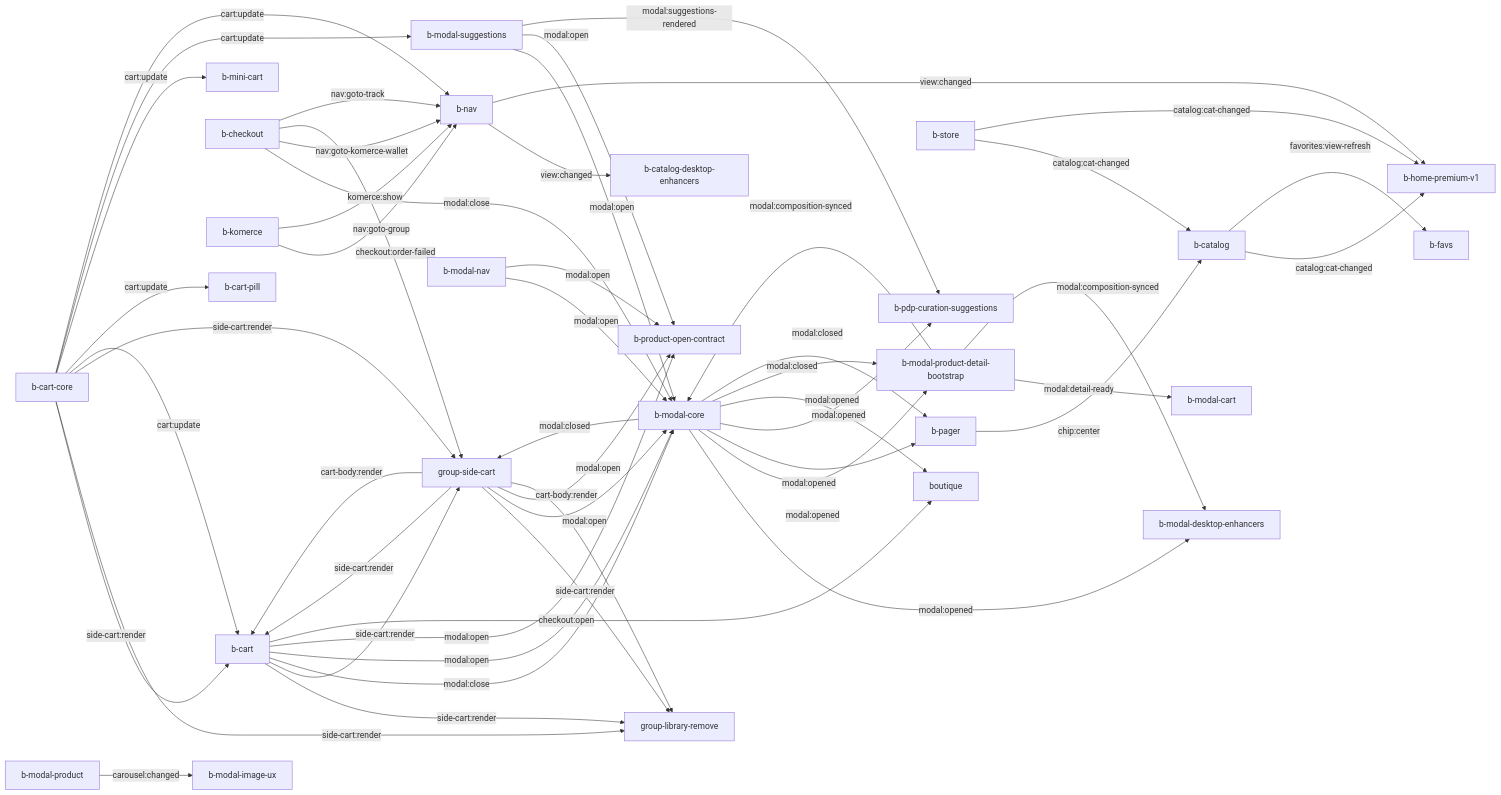
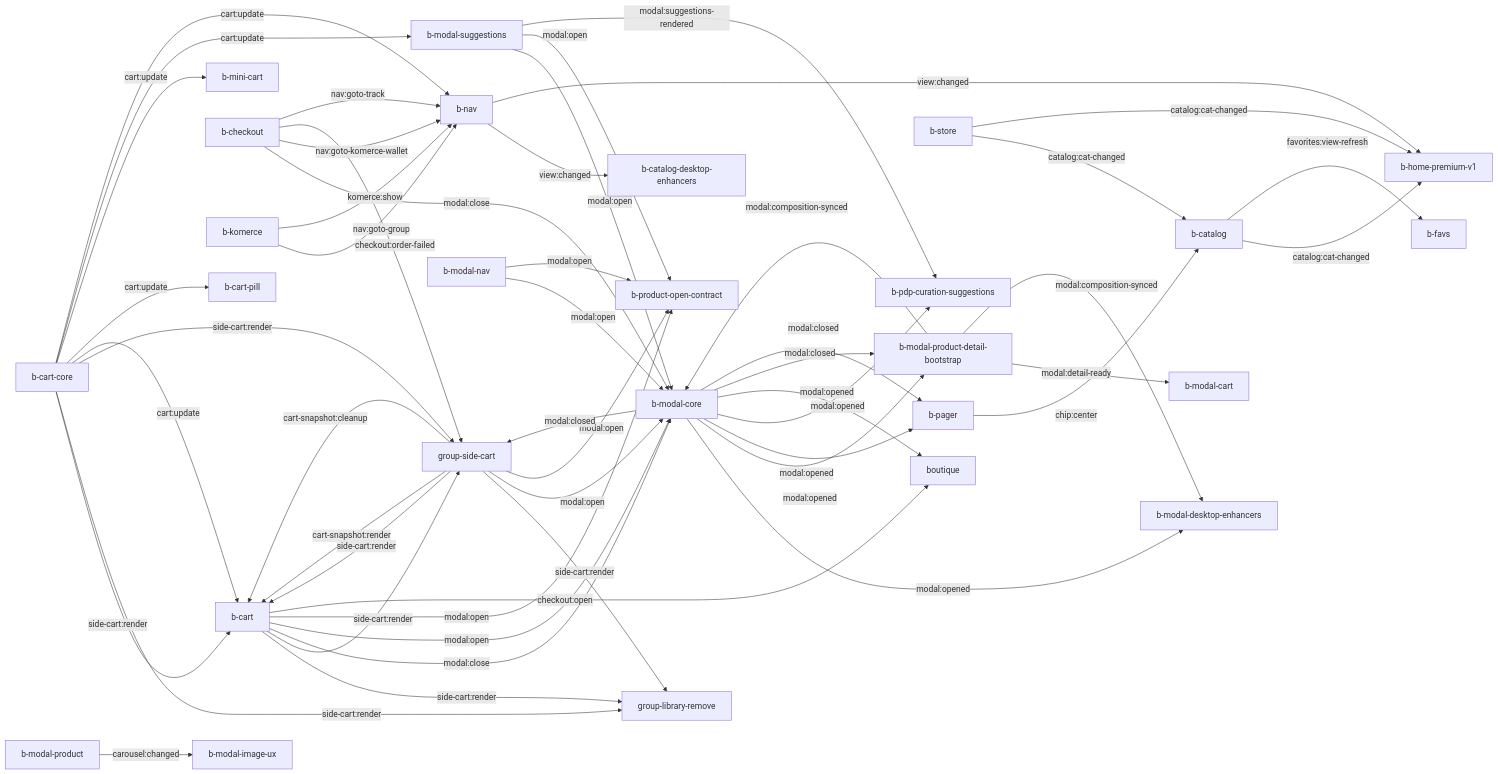
The diagram in docs/BOUTIQUE_360.md (SamyrFateh/komerce-backend), drawn with Mermaid before and after one commit. The commit also changed other lines of this file and 28 other files, not shown here.

````diff
--- a/docs/BOUTIQUE_360.md
+++ b/docs/BOUTIQUE_360.md
@@ -97,53 +98,53 @@
 ```mermaid
 graph LR
   b_cart["b-cart"] -->|side-cart:render| group_library_remove["group-library-remove"]
   b_cart["b-cart"] -->|side-cart:render| group_side_cart["group-side-cart"]
   b_cart_core["b-cart-core"] -->|side-cart:render| b_cart["b-cart"]
   b_cart_core["b-cart-core"] -->|side-cart:render| group_library_remove["group-library-remove"]
   b_cart_core["b-cart-core"] -->|side-cart:render| group_side_cart["group-side-cart"]
   group_side_cart["group-side-cart"] -->|side-cart:render| b_cart["b-cart"]
   group_side_cart["group-side-cart"] -->|side-cart:render| group_library_remove["group-library-remove"]
   b_cart_core["b-cart-core"] -->|cart:update| b_cart["b-cart"]
   b_cart_core["b-cart-core"] -->|cart:update| b_cart_pill["b-cart-pill"]
   b_cart_core["b-cart-core"] -->|cart:update| b_mini_cart["b-mini-cart"]
   b_cart_core["b-cart-core"] -->|cart:update| b_modal_suggestions["b-modal-suggestions"]
   b_cart_core["b-cart-core"] -->|cart:update| b_nav["b-nav"]
   b_cart["b-cart"] -->|modal:close| b_modal_core["b-modal-core"]
   b_checkout["b-checkout"] -->|modal:close| b_modal_core["b-modal-core"]
   b_cart["b-cart"] -->|modal:open| b_modal_core["b-modal-core"]
   b_cart["b-cart"] -->|modal:open| b_product_open_contract["b-product-open-contract"]
   b_modal_nav["b-modal-nav"] -->|modal:open| b_modal_core["b-modal-core"]
   b_modal_nav["b-modal-nav"] -->|modal:open| b_product_open_contract["b-product-open-contract"]
   b_modal_suggestions["b-modal-suggestions"] -->|modal:open| b_modal_core["b-modal-core"]
   b_modal_suggestions["b-modal-suggestions"] -->|modal:open| b_product_open_contract["b-product-open-contract"]
   group_side_cart["group-side-cart"] -->|modal:open| b_modal_core["b-modal-core"]
   group_side_cart["group-side-cart"] -->|modal:open| b_product_open_contract["b-product-open-contract"]
   b_cart["b-cart"] -->|checkout:open| boutique["boutique"]
-  group_side_cart["group-side-cart"] -->|cart-body:render| b_cart["b-cart"]
-  group_side_cart["group-side-cart"] -->|cart-body:render| group_library_remove["group-library-remove"]
+  group_side_cart["group-side-cart"] -->|cart-snapshot:render| b_cart["b-cart"]
+  group_side_cart["group-side-cart"] -->|cart-snapshot:cleanup| b_cart["b-cart"]
   b_nav["b-nav"] -->|view:changed| b_catalog_desktop_enhancers["b-catalog-desktop-enhancers"]
   b_nav["b-nav"] -->|view:changed| b_home_premium_v1["b-home-premium-v1"]
   b_catalog["b-catalog"] -->|catalog:cat-changed| b_home_premium_v1["b-home-premium-v1"]
   b_store["b-store"] -->|catalog:cat-changed| b_catalog["b-catalog"]
   b_store["b-store"] -->|catalog:cat-changed| b_home_premium_v1["b-home-premium-v1"]
   b_catalog["b-catalog"] -->|favorites:view-refresh| b_favs["b-favs"]
   b_pager["b-pager"] -->|chip:center| b_catalog["b-catalog"]
   b_checkout["b-checkout"] -->|nav:goto-komerce-wallet| b_nav["b-nav"]
   b_checkout["b-checkout"] -->|checkout:order-failed| group_side_cart["group-side-cart"]
   b_checkout["b-checkout"] -->|nav:goto-track| b_nav["b-nav"]
   b_komerce["b-komerce"] -->|nav:goto-group| b_nav["b-nav"]
   b_komerce["b-komerce"] -->|komerce:show| b_nav["b-nav"]
   b_modal_product_detail_bootstrap["b-modal-product-detail-bootstrap"] -->|modal:detail-ready| b_modal_cart["b-modal-cart"]
   b_modal_core["b-modal-core"] -->|modal:opened| b_modal_desktop_enhancers["b-modal-desktop-enhancers"]
   b_modal_core["b-modal-core"] -->|modal:opened| b_modal_product_detail_bootstrap["b-modal-product-detail-bootstrap"]
   b_modal_core["b-modal-core"] -->|modal:opened| b_pager["b-pager"]
   b_modal_core["b-modal-core"] -->|modal:opened| b_pdp_curation_suggestions["b-pdp-curation-suggestions"]
   b_modal_core["b-modal-core"] -->|modal:opened| boutique["boutique"]
   b_modal_core["b-modal-core"] -->|modal:closed| b_modal_product_detail_bootstrap["b-modal-product-detail-bootstrap"]
   b_modal_core["b-modal-core"] -->|modal:closed| b_pager["b-pager"]
   b_modal_core["b-modal-core"] -->|modal:closed| group_side_cart["group-side-cart"]
   b_modal_product_detail_bootstrap["b-modal-product-detail-bootstrap"] -->|modal:composition-synced| b_modal_core["b-modal-core"]
   b_modal_product_detail_bootstrap["b-modal-product-detail-bootstrap"] -->|modal:composition-synced| b_modal_desktop_enhancers["b-modal-desktop-enhancers"]
   b_modal_product["b-modal-product"] -->|carousel:changed| b_modal_image_ux["b-modal-image-ux"]
   b_modal_suggestions["b-modal-suggestions"] -->|modal:suggestions-rendered| b_pdp_curation_suggestions["b-pdp-curation-suggestions"]
 ```
````
